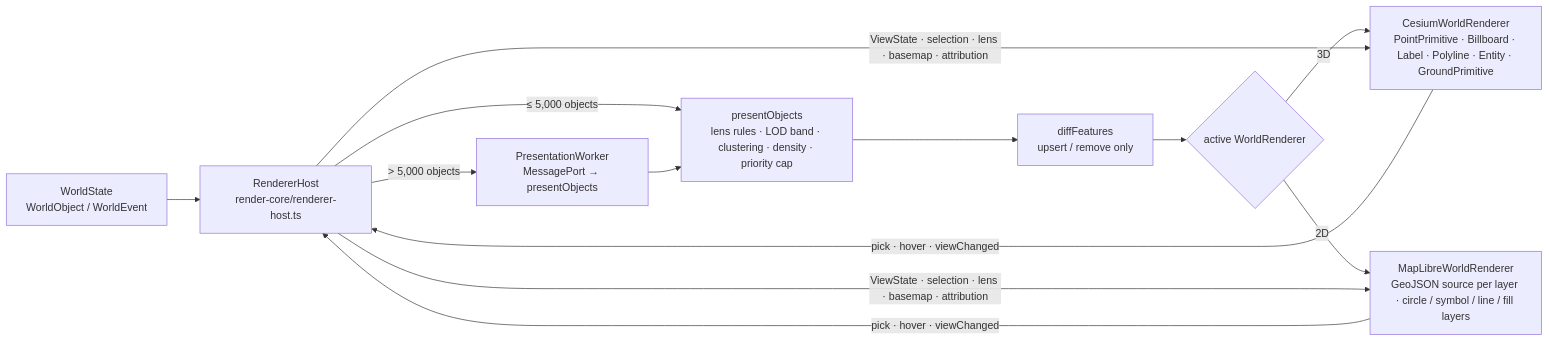
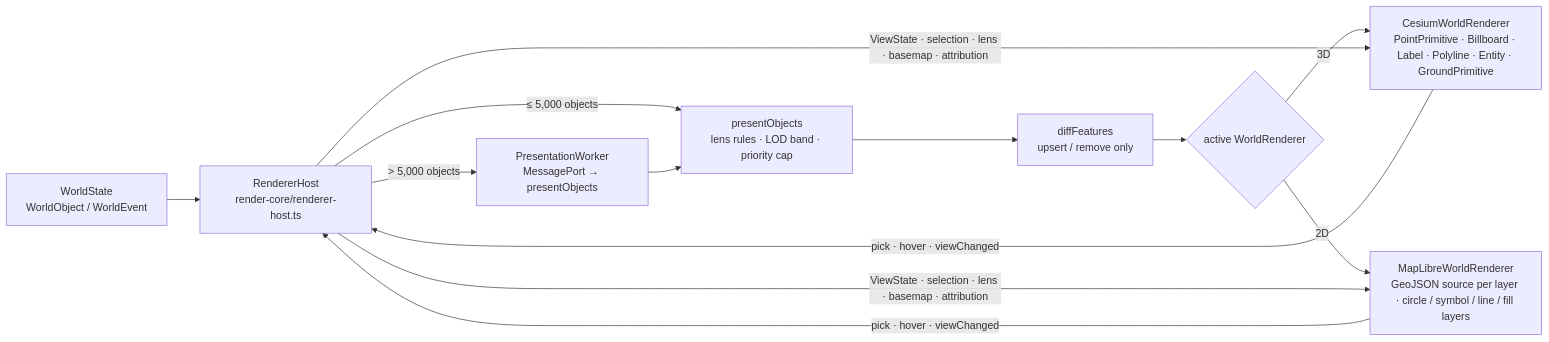
The diagram in docs/architecture/RENDERING.md (the-x1x1/oneview), drawn with Mermaid before and after one commit. The commit also changed other lines of this file and 23 other files, not shown here.

````diff
--- a/docs/architecture/RENDERING.md
+++ b/docs/architecture/RENDERING.md
@@ -12,15 +12,15 @@
 ```mermaid
 flowchart LR
   WS[WorldState\nWorldObject / WorldEvent] --> H[RendererHost\nrender-core/renderer-host.ts]
   H -->|"> 5,000 objects"| W[PresentationWorker\nMessagePort → presentObjects]
-  H -->|"≤ 5,000 objects"| P[presentObjects\nlens rules · LOD band · clustering · density · priority cap]
+  H -->|"≤ 5,000 objects"| P[presentObjects\nlens rules · LOD band · priority cap]
   W --> P
   P --> D[diffFeatures\nupsert / remove only]
   D --> R{active WorldRenderer}
   R -->|3D| C[CesiumWorldRenderer\nPointPrimitive · Billboard · Label · Polyline · Entity · GroundPrimitive]
   R -->|2D| M[MapLibreWorldRenderer\nGeoJSON source per layer · circle / symbol / line / fill layers]
   C -->|pick · hover · viewChanged| H
   M -->|pick · hover · viewChanged| H
   H -->|ViewState · selection · lens · basemap · attribution| C
   H -->|ViewState · selection · lens · basemap · attribution| M
 ```
````
